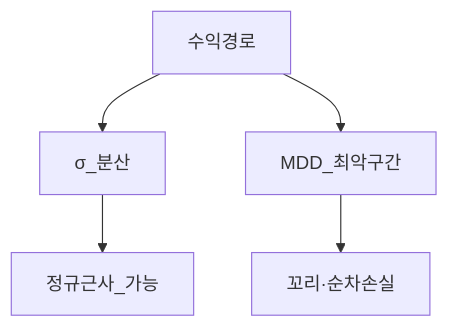
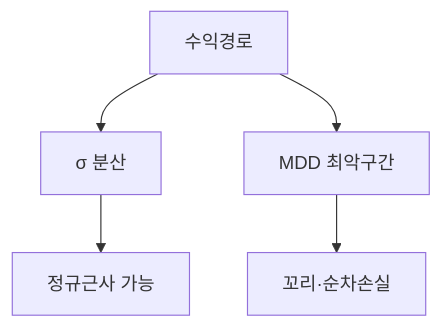
Before and after one commit to goldanghenry/Finances: the third of 3 diagrams in 04-portfolio/risk-management-portfolio.md, drawn with Mermaid. The commit also changed other lines of this file and 211 other files, not shown here.

````diff
--- a/04-portfolio/risk-management-portfolio.md
+++ b/04-portfolio/risk-management-portfolio.md
@@ -140,7 +140,7 @@
 ```mermaid
 flowchart TB
-  Path[수익경로] --> Sigma[σ_분산]
-  Path --> MDD[MDD_최악구간]
-  Sigma --> Norm[정규근사_가능]
+  Path[수익경로] --> Sigma["σ 분산"]
+  Path --> MDD["MDD 최악구간"]
+  Sigma --> Norm["정규근사 가능"]
   MDD --> Tail[꼬리·순차손실]
 ```
````
